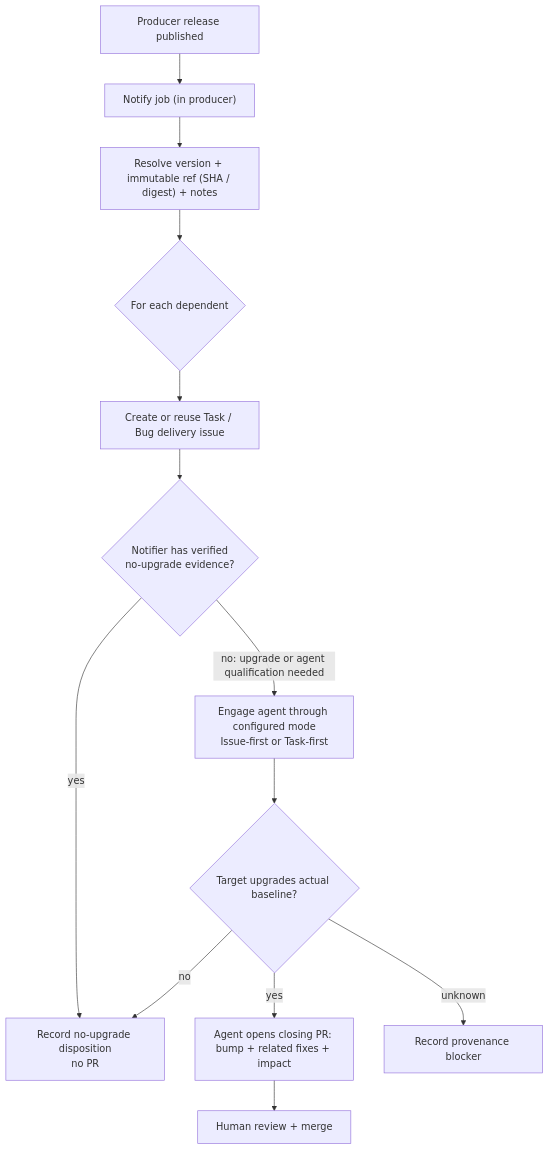
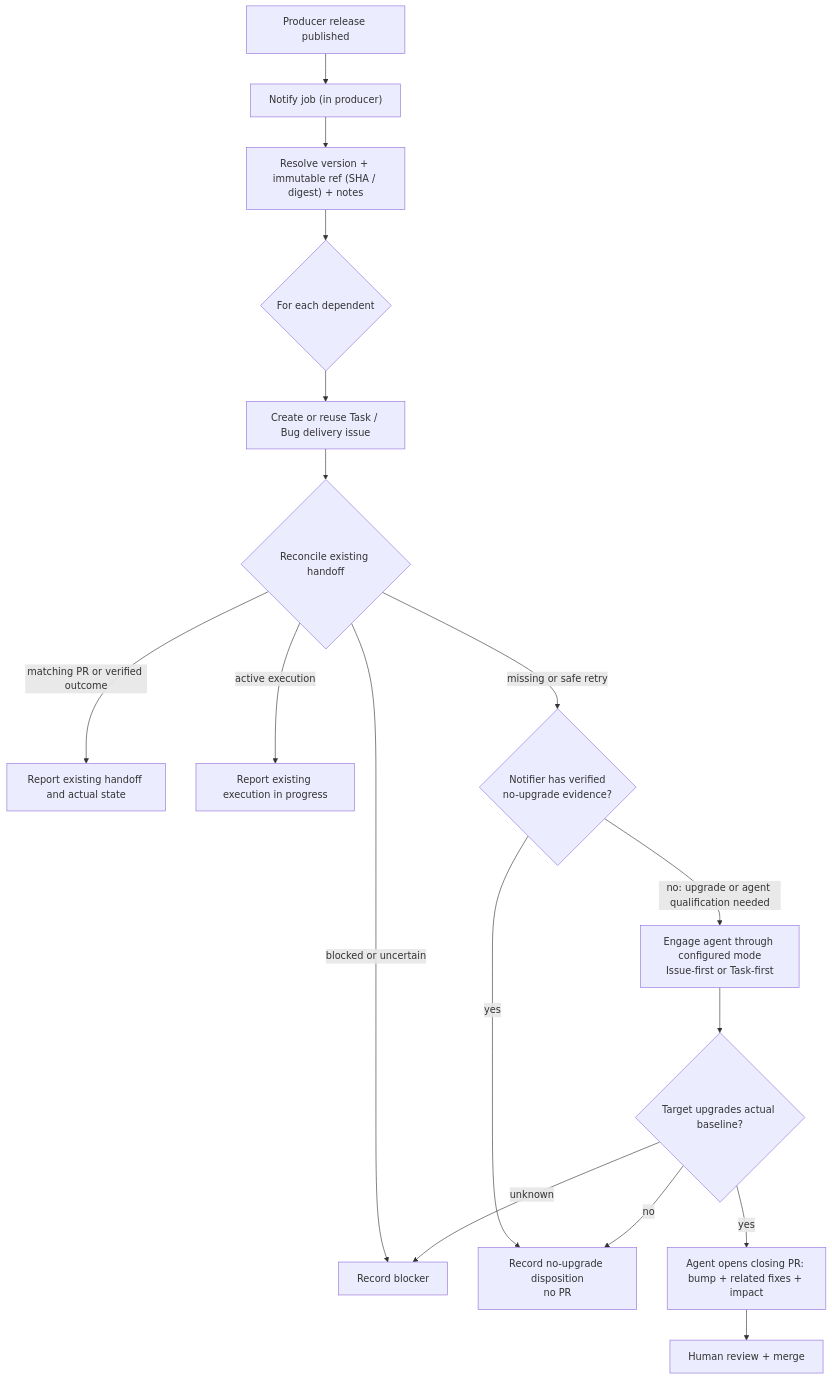
Before and after one commit to MSXOrg/docs: the diagram in src/docs/Capabilities/downstream-release-propagation/design.md, drawn with Mermaid. The commit also changed other lines of this file and 1 other file, not shown here.

Commit message:
Resume incomplete propagation under the existing delivery identity

````diff
--- a/src/docs/Capabilities/downstream-release-propagation/design.md
+++ b/src/docs/Capabilities/downstream-release-propagation/design.md
@@ -17,15 +19,19 @@
 ```mermaid
 flowchart TD
   rel["Producer release published"] --> notify["Notify job (in producer)"]
   notify --> resolve["Resolve version + immutable ref (SHA / digest) + notes"]
   resolve --> fan{"For each dependent"}
   fan --> issue["Create or reuse Task / Bug delivery issue"]
-  issue --> known{"Notifier has verified<br/>no-upgrade evidence?"}
+  issue --> resume{"Reconcile existing handoff"}
+  resume -->|"matching PR or verified outcome"| reuse["Report existing handoff and actual state"]
+  resume -->|"active execution"| active["Report existing execution in progress"]
+  resume -->|"blocked or uncertain"| blocked["Record blocker"]
+  resume -->|"missing or safe retry"| known{"Notifier has verified<br/>no-upgrade evidence?"}
   known -->|"yes"| nochange["Record no-upgrade disposition<br/>no PR"]
   known -->|"no: upgrade or agent qualification needed"| delegate["Engage agent through configured mode<br/>Issue-first or Task-first"]
   delegate --> qualify{"Target upgrades actual baseline?"}
   qualify -->|"yes"| pr["Agent opens closing PR: bump + related fixes + impact"]
   qualify -->|"no"| nochange
-  qualify -->|"unknown"| blocked["Record provenance blocker"]
+  qualify -->|"unknown"| blocked
   pr --> review["Human review + merge"]
 ```
````
